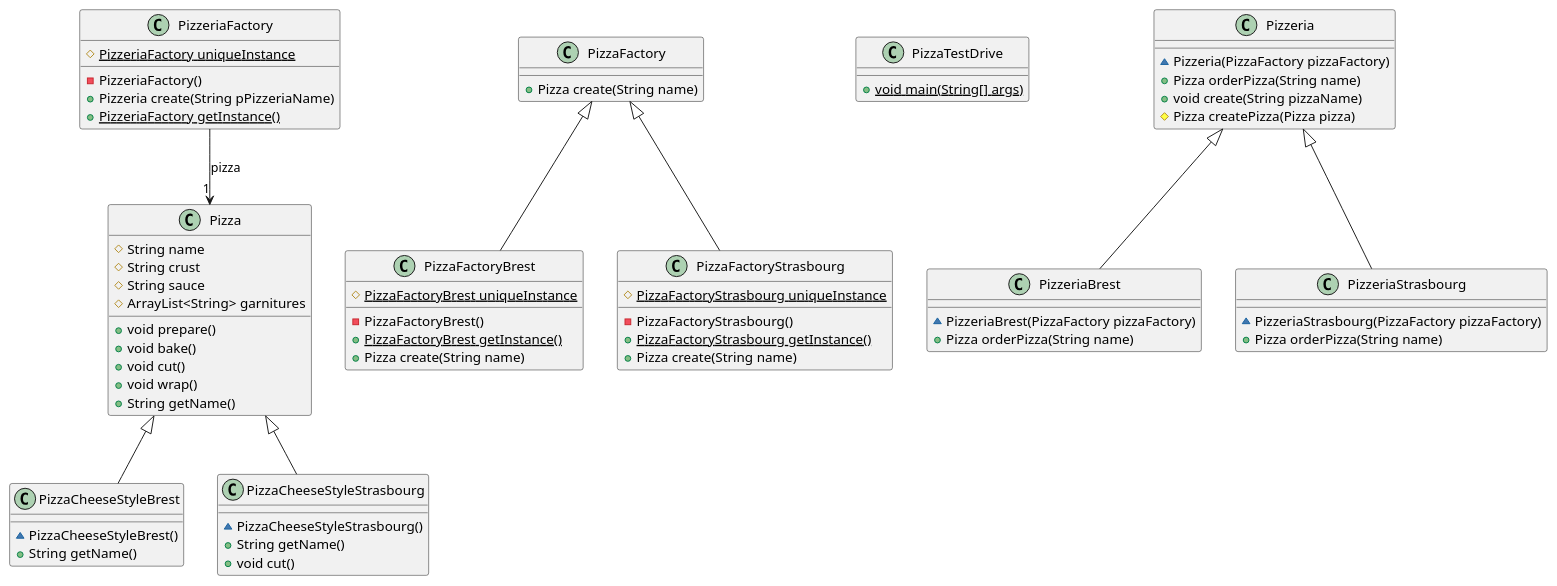
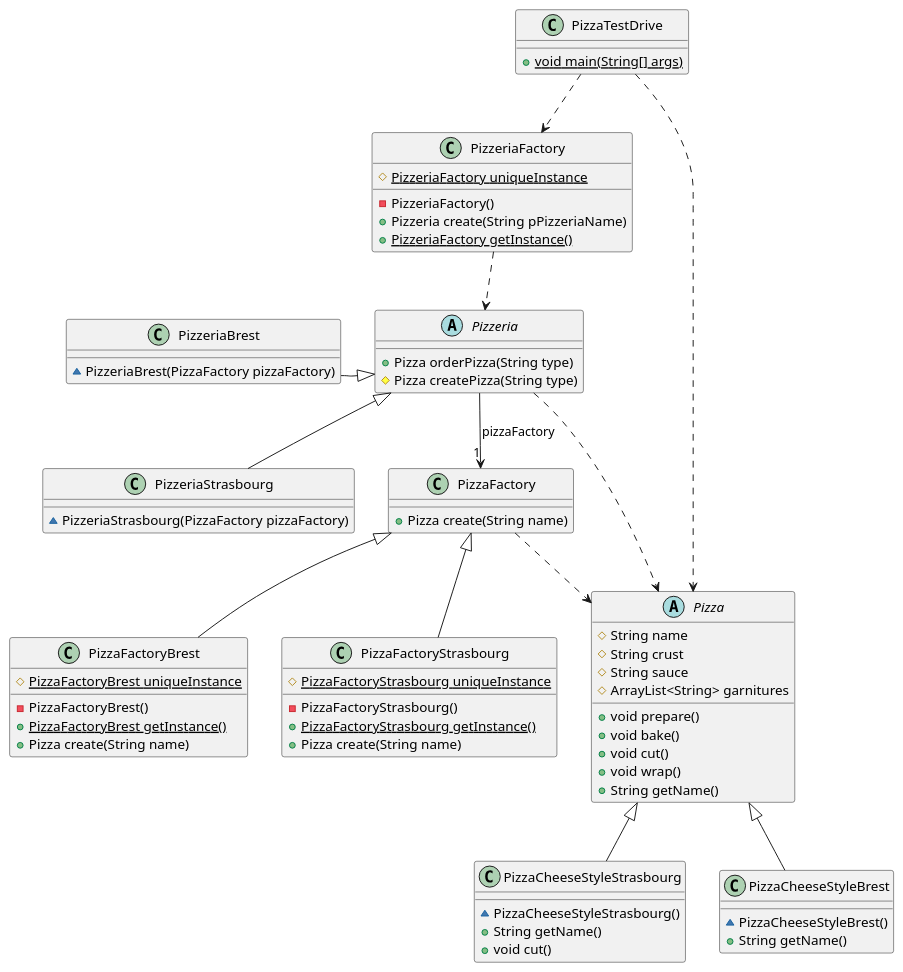
The diagram in docs/TP3.plantuml (IUT-Blagnac/cpoa-tp3-uk-ChrisVerschelden), drawn with PlantUML before and after one commit. The commit also changed 3 other files, not shown here.

```diff
--- a/docs/TP3.plantuml
+++ b/docs/TP3.plantuml
@@ -1,81 +1,89 @@
 @startuml
+class PizzaTestDrive [[java:app.PizzaTestDrive]] {
+	+{static}void main(String[] args)
+}
+class PizzeriaStrasbourg [[java:app.PizzeriaStrasbourg]] {
+	~PizzeriaStrasbourg(PizzaFactory pizzaFactory)
+}
+class Pizzeria [[java:app.Pizzeria]] {
+}
+Pizzeria <|-- PizzeriaStrasbourg
+class PizzeriaBrest [[java:app.PizzeriaBrest]] {
+	~PizzeriaBrest(PizzaFactory pizzaFactory)
+}
+class Pizzeria [[java:app.Pizzeria]] {
+}
+Pizzeria <|-- PizzeriaBrest
+class PizzaCheeseStyleStrasbourg [[java:app.PizzaCheeseStyleStrasbourg]] {
+	~PizzaCheeseStyleStrasbourg()
+	+String getName()
+	+void cut()
+}
+class Pizza [[java:app.Pizza]] {
+}
+Pizza <|-- PizzaCheeseStyleStrasbourg
+class PizzaCheeseStyleBrest [[java:app.PizzaCheeseStyleBrest]] {
+	~PizzaCheeseStyleBrest()
+	+String getName()
+}
+class Pizza [[java:app.Pizza]] {
+}
+Pizza <|-- PizzaCheeseStyleBrest
+class PizzeriaFactory [[java:app.PizzeriaFactory]] {
+	#{static}PizzeriaFactory uniqueInstance
+	-PizzeriaFactory()
+	+Pizzeria create(String pPizzeriaName)
+	+{static}PizzeriaFactory getInstance()
+}
+abstract class PizzaFactory [[java:app.PizzaFactory]] {
+	+Pizza create(String name)
+}
 abstract class Pizza [[java:app.Pizza]] {
 	#String name
 	#String crust
 	#String sauce
 	#ArrayList<String> garnitures
 	+void prepare()
 	+void bake()
 	+void cut()
 	+void wrap()
 	+String getName()
 }
-class PizzaCheeseStyleBrest [[java:app.PizzaCheeseStyleBrest]] {
-	~PizzaCheeseStyleBrest()
-	+String getName()
+abstract class Pizzeria [[java:app.Pizzeria]] {
+	+Pizza orderPizza(String type)
+	#Pizza createPizza(String type)
 }
-class Pizza [[java:app.Pizza]] {
+class PizzaFactory [[java:app.PizzaFactory]] {
 }
-Pizza <|-- PizzaCheeseStyleBrest
-class PizzaCheeseStyleStrasbourg [[java:app.PizzaCheeseStyleStrasbourg]] {
-	~PizzaCheeseStyleStrasbourg()
-	+String getName()
-	+void cut()
-}
-class Pizza [[java:app.Pizza]] {
-}
-Pizza <|-- PizzaCheeseStyleStrasbourg
-class PizzaFactory [[java:app.PizzaFactory]] {
-	+Pizza create(String name)
-}
+Pizzeria --> "1" PizzaFactory : pizzaFactory
 class PizzaFactoryBrest [[java:app.PizzaFactoryBrest]] {
 	#{static}PizzaFactoryBrest uniqueInstance
 	-PizzaFactoryBrest()
 	+{static}PizzaFactoryBrest getInstance()
 	+Pizza create(String name)
 }
 class PizzaFactory [[java:app.PizzaFactory]] {
 }
 PizzaFactory <|-- PizzaFactoryBrest
 class PizzaFactoryStrasbourg [[java:app.PizzaFactoryStrasbourg]] {
 	#{static}PizzaFactoryStrasbourg uniqueInstance
 	-PizzaFactoryStrasbourg()
 	+{static}PizzaFactoryStrasbourg getInstance()
 	+Pizza create(String name)
 }
 class PizzaFactory [[java:app.PizzaFactory]] {
 }
 PizzaFactory <|-- PizzaFactoryStrasbourg
-class PizzaTestDrive [[java:app.PizzaTestDrive]] {
-	+{static}void main(String[] args)
-}
-abstract class Pizzeria [[java:app.Pizzeria]] {
-	~Pizzeria(PizzaFactory pizzaFactory)
-	+Pizza orderPizza(String name)
-	+void create(String pizzaName)
-	#Pizza createPizza(Pizza pizza)
-}
-class PizzeriaBrest [[java:app.PizzeriaBrest]] {
-	~PizzeriaBrest(PizzaFactory pizzaFactory)
-	+Pizza orderPizza(String name)
-}
-class Pizzeria [[java:app.Pizzeria]] {
-}
-Pizzeria <|-- PizzeriaBrest
-class PizzeriaFactory [[java:app.PizzeriaFactory]] {
-	#{static}PizzeriaFactory uniqueInstance
-	-PizzeriaFactory()
-	+Pizzeria create(String pPizzeriaName)
-	+{static}PizzeriaFactory getInstance()
-}
-class Pizza [[java:app.Pizza]] {
-}
-PizzeriaFactory --> "1" Pizza : pizza
-class PizzeriaStrasbourg [[java:app.PizzeriaStrasbourg]] {
-	~PizzeriaStrasbourg(PizzaFactory pizzaFactory)
-	+Pizza orderPizza(String name)
-}
-class Pizzeria [[java:app.Pizzeria]] {
-}
-Pizzeria <|-- PizzeriaStrasbourg
+
+PizzeriaStrasbourg -[hidden]> Pizzeria
+PizzeriaBrest -[hidden]> Pizzeria
+
+PizzeriaBrest -[hidden]-> PizzeriaStrasbourg
+
+"PizzaTestDrive" ..> "PizzeriaFactory"
+"PizzaTestDrive" ..> "Pizza"
+"PizzeriaFactory" ..> "Pizzeria"
+"PizzaFactory" ..> "Pizza"
+"Pizzeria" ..> "Pizza" 
+
 @enduml
```
